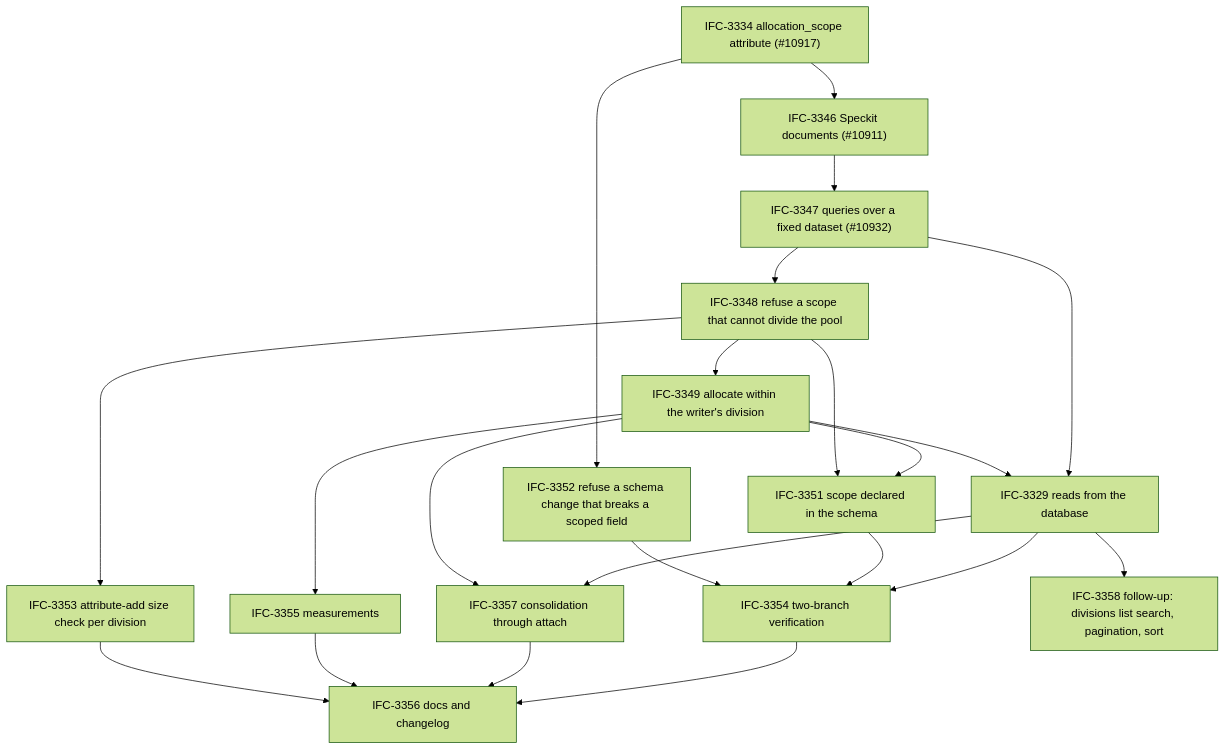
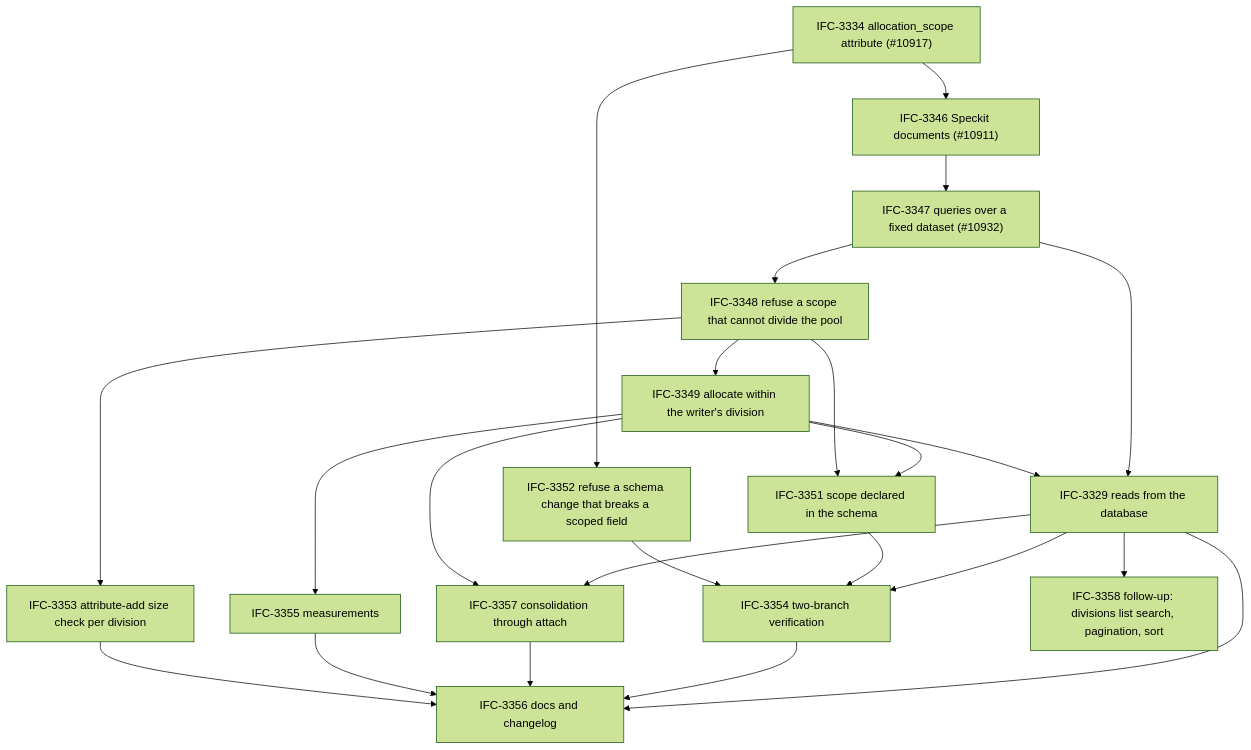
Before and after one commit to opsmill/infrahub: the diagram in dev/specs/ifc-3185-scoped-number-pools/tasks.md, drawn with Mermaid (forest theme). The commit also changed other lines of this file and 13 other files, not shown here.

````diff
--- a/dev/specs/ifc-3185-scoped-number-pools/tasks.md
+++ b/dev/specs/ifc-3185-scoped-number-pools/tasks.md
@@ -821,29 +913,30 @@
 ```mermaid
 flowchart TD
   T3334["IFC-3334 allocation_scope attribute (#10917)"]
   T3346["IFC-3346 Speckit documents (#10911)"]
   T3347["IFC-3347 queries over a fixed dataset (#10932)"]
   T3348["IFC-3348 refuse a scope that cannot divide the pool"]
   T3352["IFC-3352 refuse a schema change that breaks a scoped field"]
   T3349["IFC-3349 allocate within the writer's division"]
   T3353["IFC-3353 attribute-add size check per division"]
   T3351["IFC-3351 scope declared in the schema"]
   T3329["IFC-3329 reads from the database"]
   T3357["IFC-3357 consolidation through attach"]
   T3355["IFC-3355 measurements"]
   T3354["IFC-3354 two-branch verification"]
   T3356["IFC-3356 docs and changelog"]
   T3358["IFC-3358 follow-up: divisions list search, pagination, sort"]
 
   T3334 --> T3346 --> T3347 --> T3348 --> T3349 --> T3329
   T3334 --> T3352 --> T3354
   T3347 --> T3329
   T3348 --> T3351
   T3348 --> T3353 --> T3356
   T3349 --> T3351 --> T3354
   T3349 --> T3355 --> T3356
   T3349 --> T3357
   T3329 --> T3357 --> T3356
   T3329 --> T3354 --> T3356
+  T3329 --> T3356
   T3329 --> T3358
 ```
````
